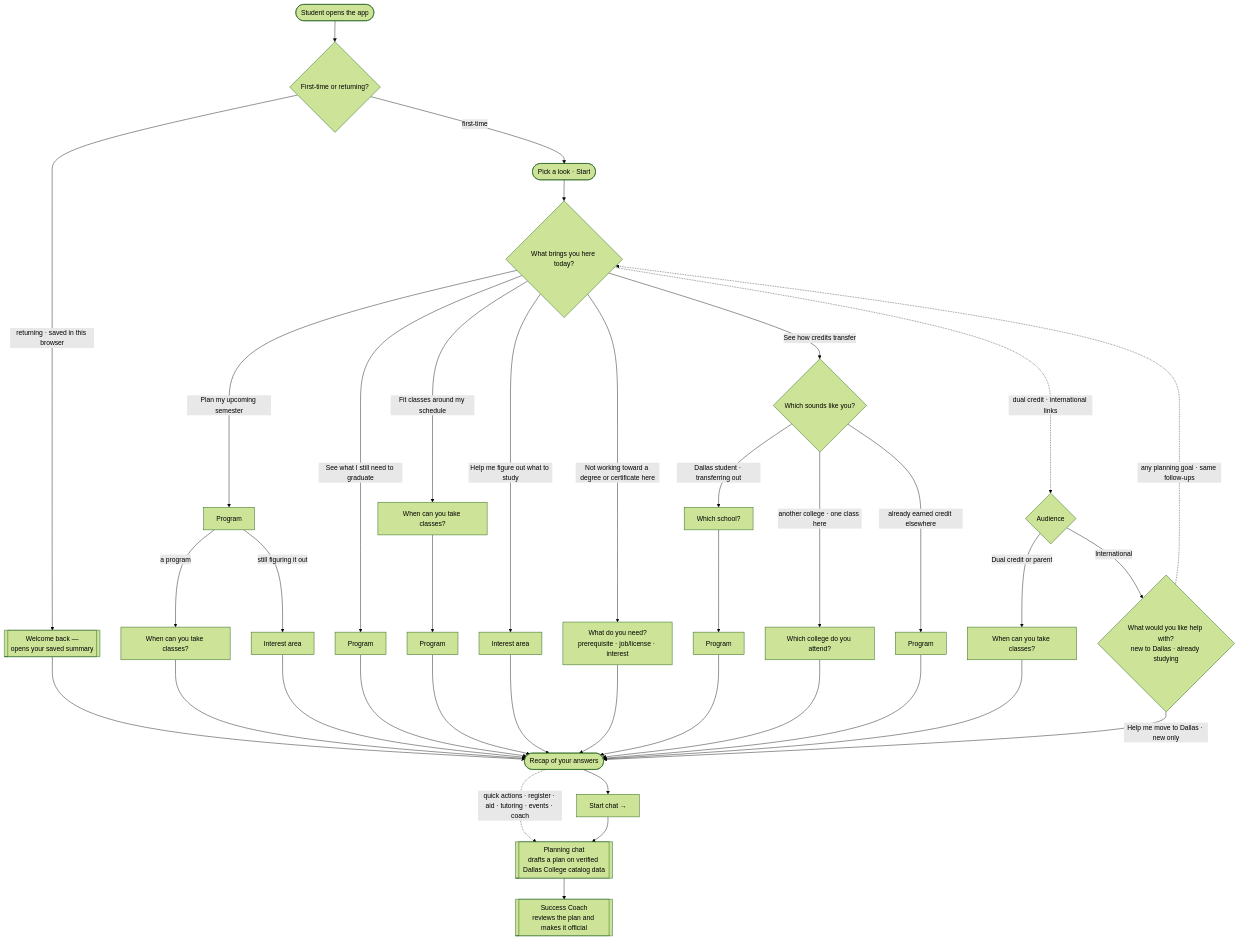
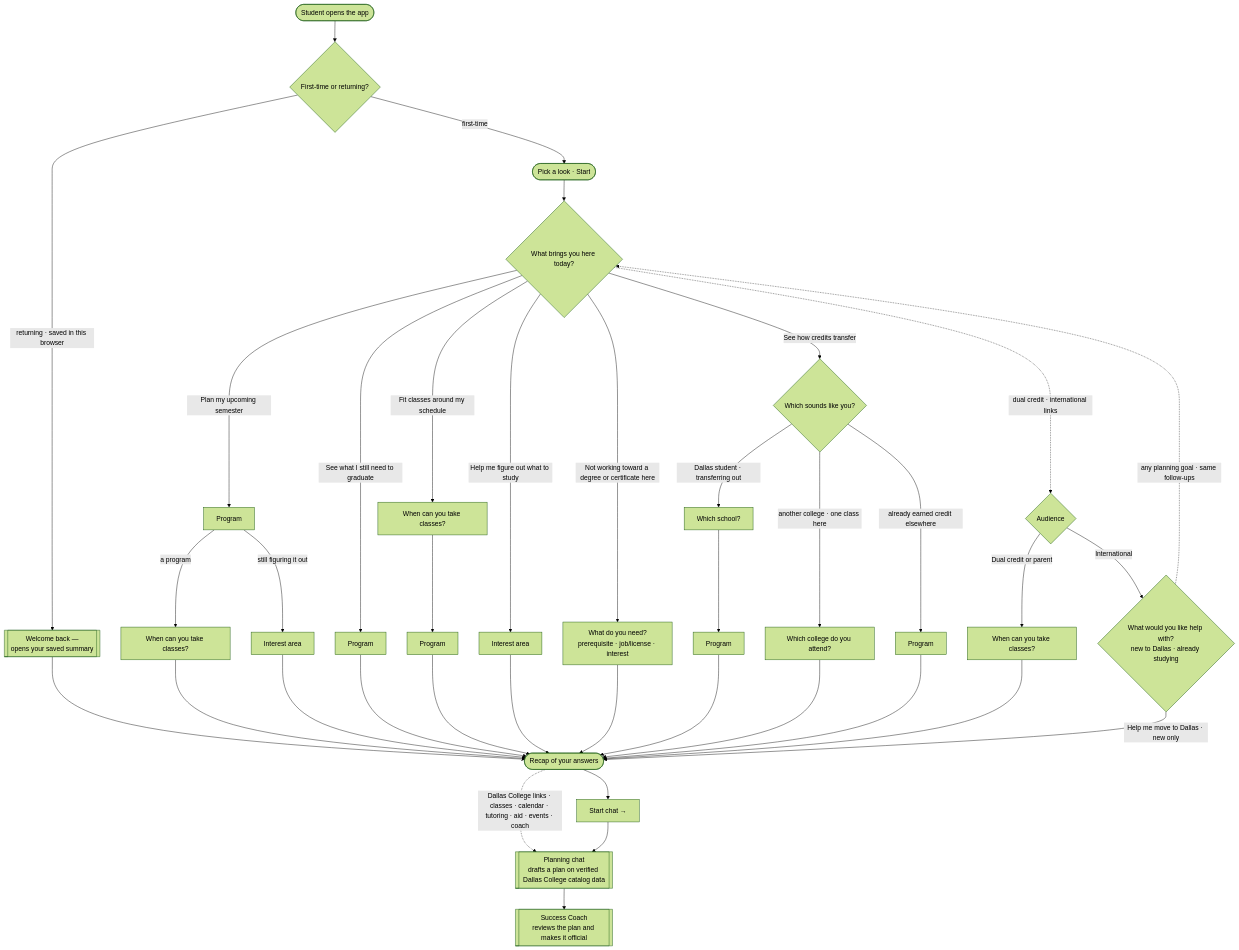
The diagram in docs/LANDING_ONBOARDING_UIUX.md (Dallas-College-AI-Club/success-coach-chatbot), drawn with Mermaid (forest theme) before and after one commit. The commit also changed other lines of this file and 10 other files, not shown here.

````diff
--- a/docs/LANDING_ONBOARDING_UIUX.md
+++ b/docs/LANDING_ONBOARDING_UIUX.md
@@ -74,35 +74,35 @@
 ```mermaid
 flowchart TD
     S([Student opens the app]) --> F{First-time or returning?}
     F -->|"returning · saved in this browser"| R[["Welcome back —<br/>opens your saved summary"]] --> E
     F -->|first-time| W([Pick a look · Start]) --> Q{"What brings you here today?"}
 
     Q -->|Plan my upcoming semester| A1[Program]
     Q -->|See what I still need to graduate| A2[Program]
     Q -->|See how credits transfer| D{"Which sounds like you?"}
     Q -->|Fit classes around my schedule| SC[When can you take classes?]
     Q -->|Help me figure out what to study| IN[Interest area]
     Q -->|Not working toward a degree or certificate here| ON["What do you need?<br/>prerequisite · job/license · interest"]
     Q -. "dual credit · international links" .-> AU{Audience}
 
     A1 -->|a program| A1s[When can you take classes?] --> E
     A1 -->|still figuring it out| A1i[Interest area] --> E
     A2 --> E
     SC --> SCp[Program] --> E
     IN --> E
     ON --> E
 
     D -->|"Dallas student · transferring out"| Do[Which school?] --> Dop[Program] --> E
     D -->|"another college · one class here"| Db[Which college do you attend?] --> E
     D -->|"already earned credit elsewhere"| Di[Program] --> E
 
     AU -->|Dual credit or parent| AUs[When can you take classes?] --> E
     AU -->|International| IG{"What would you like help with?<br/>new to Dallas · already studying"}
     IG -->|"Help me move to Dallas · new only"| E
     IG -. "any planning goal · same follow-ups" .-> Q
 
     E([Recap of your answers]) --> H["Start chat →"]
-    E -. "quick actions · register · aid · tutoring · events · coach" .-> C
+    E -. "Dallas College links · classes · calendar · tutoring · aid · events · coach" .-> C
     H --> C[["Planning chat<br/>drafts a plan on verified Dallas College catalog data"]]
     C --> V[["Success Coach<br/>reviews the plan and makes it official"]]
 ```
````
